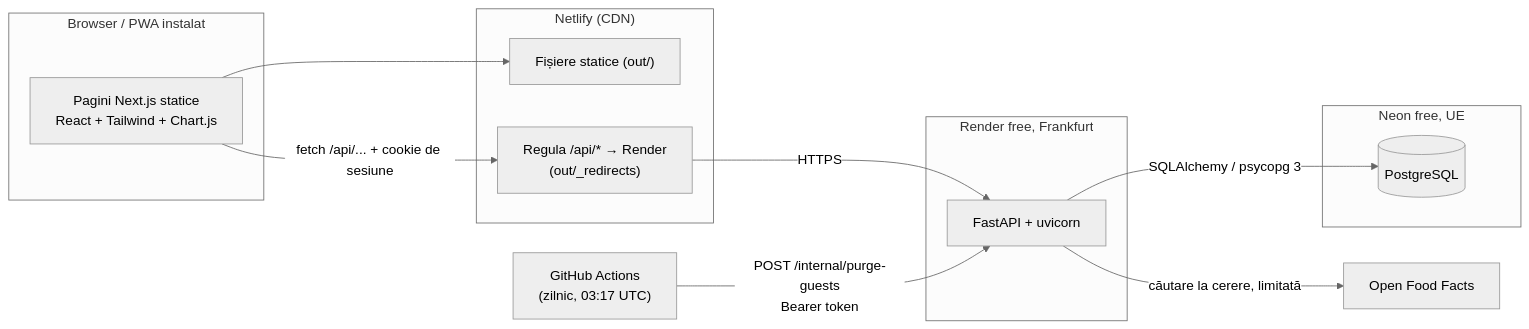
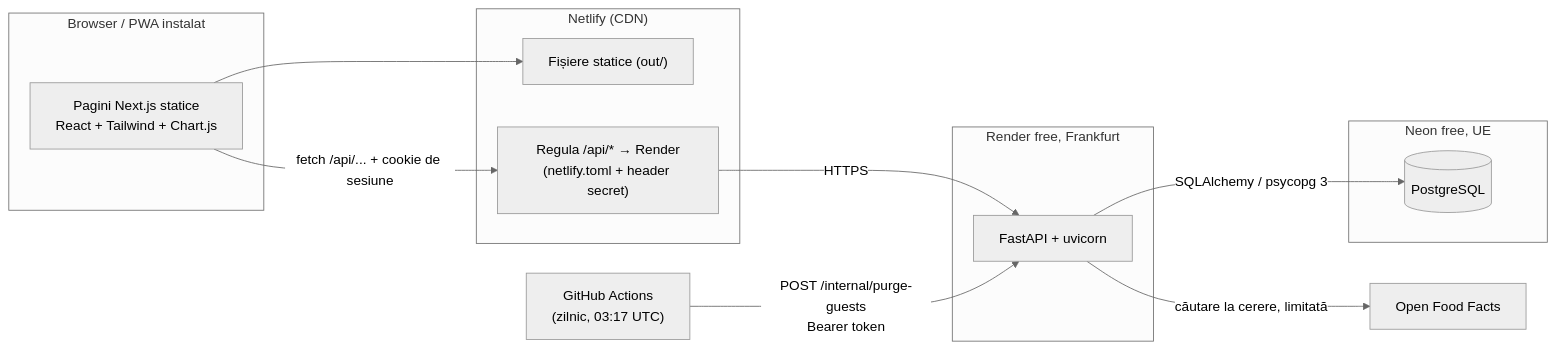
Before and after one commit to ManolacheIoan/fitplan: the diagram in docs/ARCHITECTURE.md, drawn with Mermaid (neutral theme). The commit also changed other lines of this file and 15 other files, not shown here.

First line of the commit message:
fix(auth): trust the visitor IP only behind the Netlify proxy secret

````diff
--- a/docs/ARCHITECTURE.md
+++ b/docs/ARCHITECTURE.md
@@ -18,25 +18,25 @@
 ```mermaid
 flowchart LR
     subgraph Browser["Browser / PWA instalat"]
         UI["Pagini Next.js statice<br/>React + Tailwind + Chart.js"]
     end
     subgraph Netlify["Netlify (CDN)"]
         Static["Fișiere statice (out/)"]
-        Proxy["Regula /api/* → Render<br/>(out/_redirects)"]
+        Proxy["Regula /api/* → Render<br/>(netlify.toml + header secret)"]
     end
     subgraph Render["Render free, Frankfurt"]
         API["FastAPI + uvicorn"]
     end
     subgraph Neon["Neon free, UE"]
         DB[("PostgreSQL")]
     end
     OFF["Open Food Facts"]
     GHA["GitHub Actions<br/>(zilnic, 03:17 UTC)"]
 
     UI --> Static
     UI -->|"fetch /api/... + cookie de sesiune"| Proxy
     Proxy -->|HTTPS| API
     API -->|"SQLAlchemy / psycopg 3"| DB
     API -->|"căutare la cerere, limitată"| OFF
     GHA -->|"POST /internal/purge-guests<br/>Bearer token"| API
 ```
````
